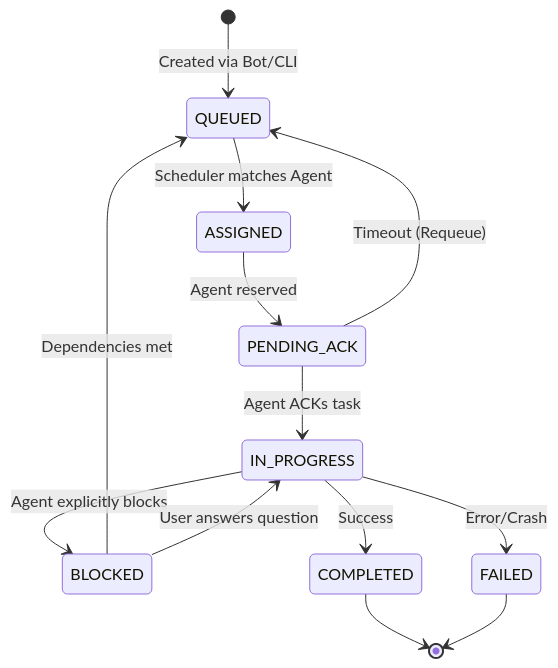
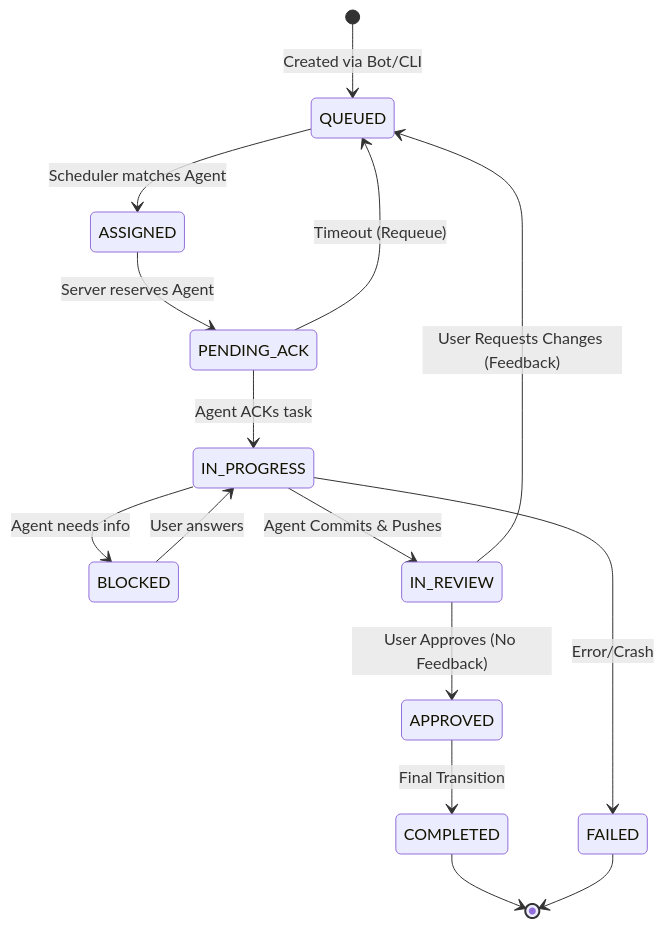
The second of 2 diagrams in ARCHITECTURE.md (OpenSourceWTF/WAAAH), drawn with Mermaid before and after one commit. The commit also changed other lines of this file, not shown here.

Commit message:
docs: architecture update with worktree and state machine clarifications

````diff
--- a/ARCHITECTURE.md
+++ b/ARCHITECTURE.md
@@ -84,18 +82,22 @@
 ```mermaid
 stateDiagram-v2
     [*] --> QUEUED: Created via Bot/CLI
     QUEUED --> ASSIGNED: Scheduler matches Agent
-    ASSIGNED --> PENDING_ACK: Agent reserved
+    ASSIGNED --> PENDING_ACK: Server reserves Agent
     PENDING_ACK --> IN_PROGRESS: Agent ACKs task
     PENDING_ACK --> QUEUED: Timeout (Requeue)
     
-    IN_PROGRESS --> BLOCKED: Agent explicitly blocks
-    BLOCKED --> QUEUED: Dependencies met
-    BLOCKED --> IN_PROGRESS: User answers question
+    IN_PROGRESS --> BLOCKED: Agent needs info
+    BLOCKED --> IN_PROGRESS: User answers
     
-    IN_PROGRESS --> COMPLETED: Success
+    IN_PROGRESS --> IN_REVIEW: Agent Commits & Pushes
+    IN_REVIEW --> APPROVED: User Approves (No Feedback)
+    IN_REVIEW --> QUEUED: User Requests Changes (Feedback)
+    
+    APPROVED --> COMPLETED: Final Transition
+    
     IN_PROGRESS --> FAILED: Error/Crash
     
     COMPLETED --> [*]
     FAILED --> [*]
 ```
````
